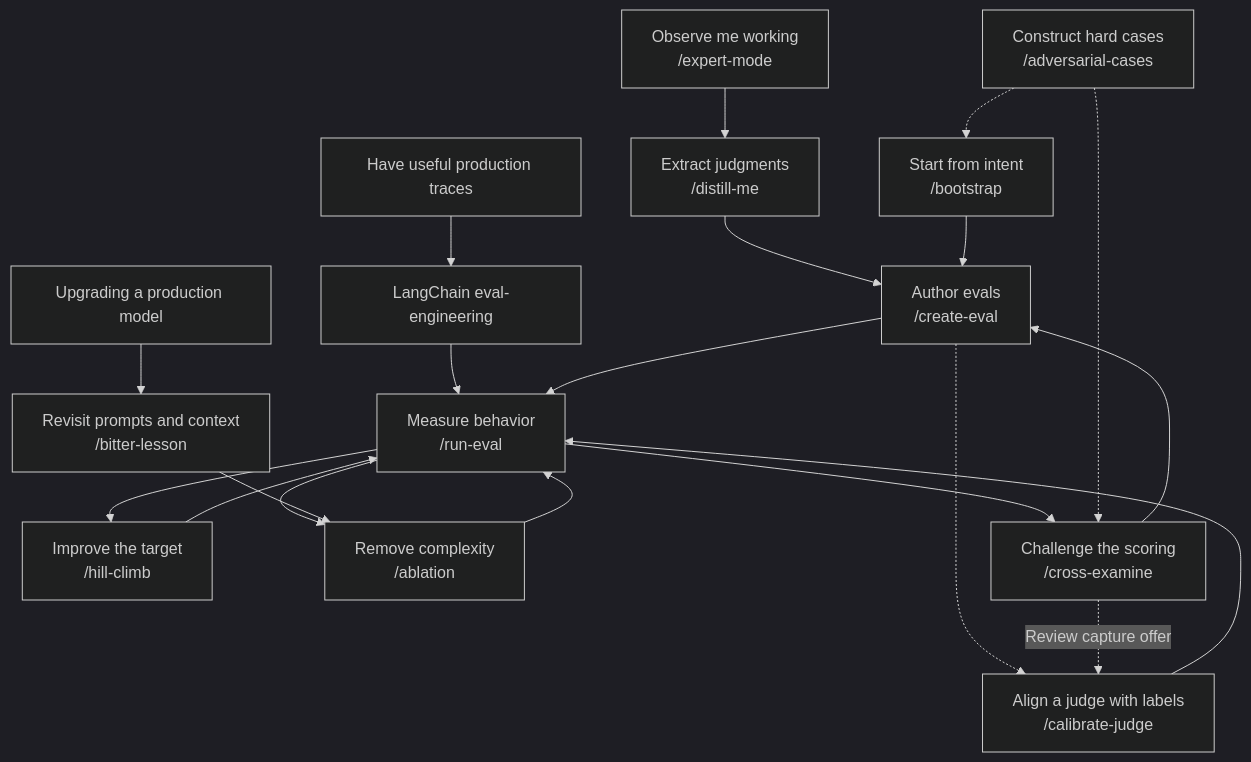
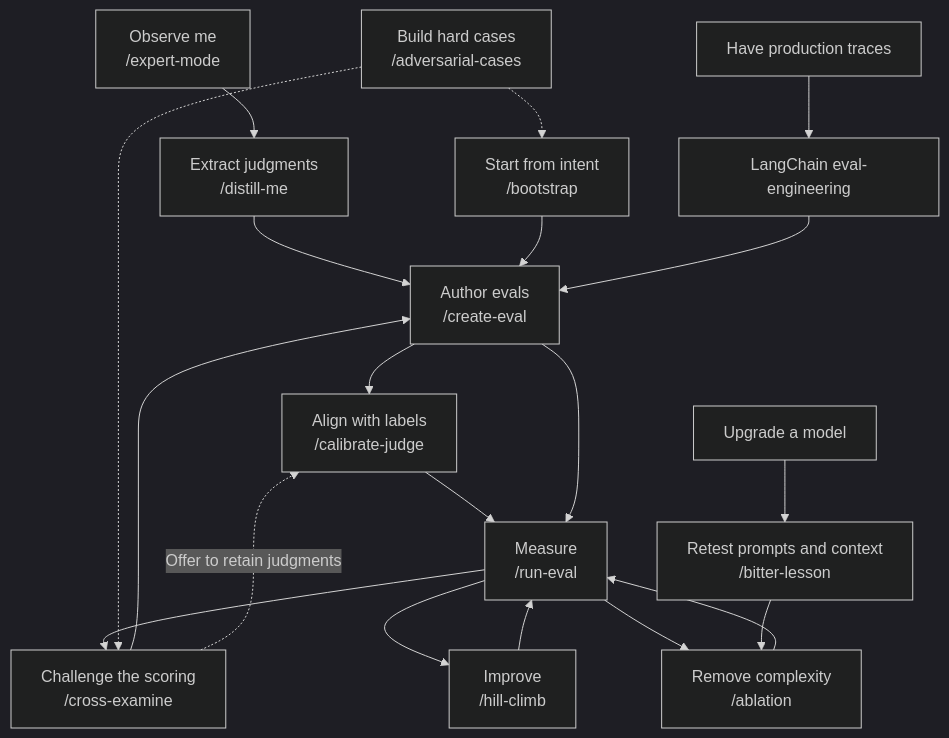
Before and after one commit to theclaymethod/cstack: the diagram in README.md, drawn with Mermaid (dark theme). The commit also changed other lines of this file and 126 other files, not shown here.

````diff
--- a/README.md
+++ b/README.md
@@ -9,22 +9,16 @@
 ```mermaid
 flowchart TD
-    O["Observe me working<br/>/expert-mode"] --> D["Extract judgments<br/>/distill-me"]
+    O["Observe me<br/>/expert-mode"] --> D["Extract judgments<br/>/distill-me"]
     D --> C["Author evals<br/>/create-eval"]
     B["Start from intent<br/>/bootstrap"] --> C
-    P["Have useful production traces"] --> E["LangChain eval-engineering"]
-    E --> R["Measure behavior<br/>/run-eval"]
+    P["Have production traces"] --> E["LangChain eval-engineering"] --> C
+    C --> J["Align with labels<br/>/calibrate-judge"] --> R["Measure<br/>/run-eval"]
     C --> R
-    C -.-> J["Align a judge with labels<br/>/calibrate-judge"]
-    J --> R
-    R --> H["Improve the target<br/>/hill-climb"]
-    H --> R
-    R --> L["Remove complexity<br/>/ablation"]
-    L --> R
-    M["Upgrading a production model"] --> BL["Revisit prompts and context<br/>/bitter-lesson"]
-    BL --> L
-    R --> X["Challenge the scoring<br/>/cross-examine"]
-    X --> C
-    X -. "Review capture offer" .-> J
-    A["Construct hard cases<br/>/adversarial-cases"] -.-> B
+    R --> X["Challenge the scoring<br/>/cross-examine"] --> C
+    X -. "Offer to retain judgments" .-> J
+    A["Build hard cases<br/>/adversarial-cases"] -.-> B
     A -.-> X
+    R --> H["Improve<br/>/hill-climb"] --> R
+    R --> L["Remove complexity<br/>/ablation"] --> R
+    M["Upgrade a model"] --> BL["Retest prompts and context<br/>/bitter-lesson"] --> L
 ```
````
